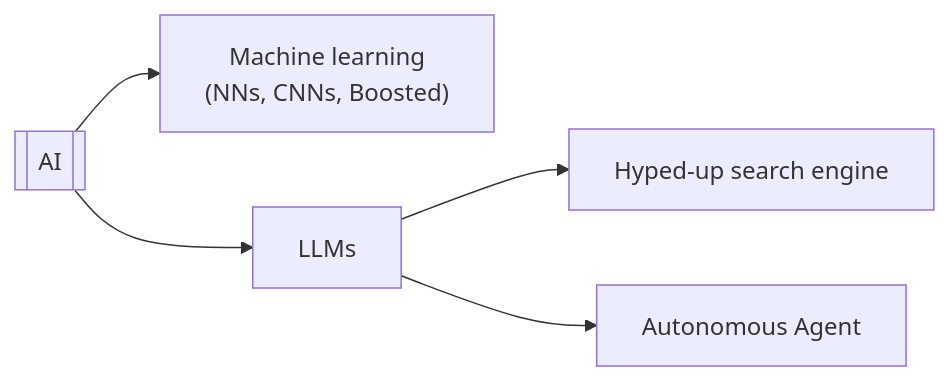
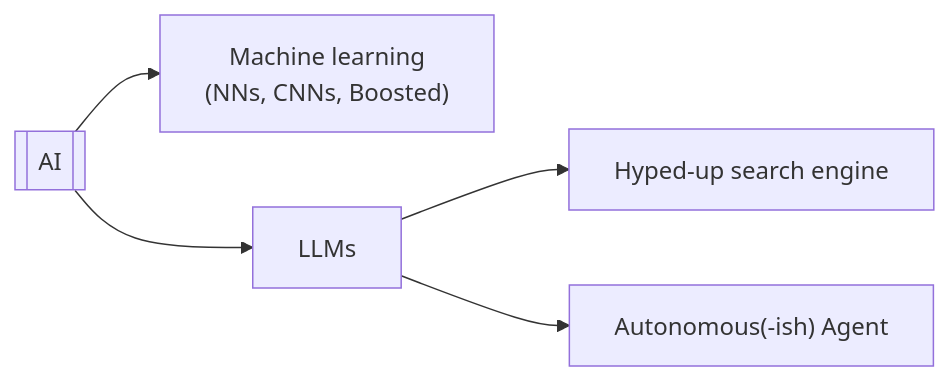
The first of 5 diagrams in module1.qmd (bfanson/2026_Workshops), drawn with Mermaid before and after one commit. The commit also changed other lines of this file and 4 other files, not shown here.

````diff
--- a/module1.qmd
+++ b/module1.qmd
@@ -127,14 +127,14 @@
 ```{mermaid}
 %%| label: fig-agent
 %%| fig-cap: Thinking about AI and LLMs []
 
 flowchart LR
 
     AI[["AI"]]
 
     AI --> ML["Machine learning<br> (NNs, CNNs, Boosted)"]
     AI --> LLM["LLMs"]
     LLM --> bot["Hyped-up search engine"]
-    LLM --> agent["Autonomous Agent"]
+    LLM --> agent["Autonomous(-ish) Agent"]
 
 ```
````
